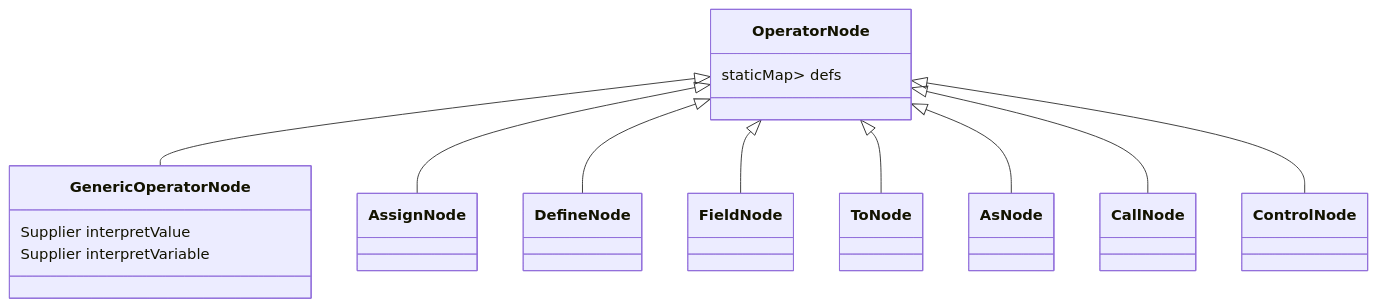
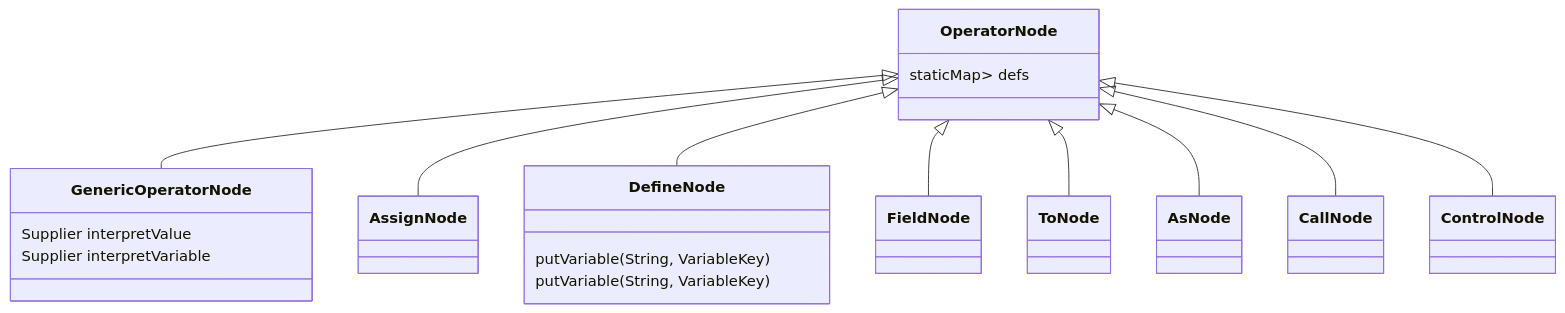
Before and after one commit to Jzhyang1/Monomer: the third of 5 diagrams in Implementation.md, drawn with Mermaid. The commit also changed other lines of this file, not shown here.

Commit message:
Implementation.md updated from https://stackedit.io/

````diff
--- a/Implementation.md
+++ b/Implementation.md
@@ -148,18 +148,19 @@
 ```mermaid
 classDiagram
 OperatorNode <|-- GenericOperatorNode
 OperatorNode <|-- AssignNode
 OperatorNode <|-- DefineNode
 OperatorNode <|-- FieldNode
 OperatorNode <|-- ToNode
 OperatorNode <|-- AsNode
 OperatorNode <|-- CallNode
 OperatorNode <|-- ControlNode
 
 OperatorNode: staticMap<String,Supplier<OperatorNode>> defs
 
 GenericOperatorNode: Supplier<InterpretValue> interpretValue
 GenericOperatorNode: Supplier<InterpretVariable> interpretVariable
 
-De
+DefineNode: putVariable(String, VariableKey)
+DefineNode: putVariable(String, VariableKey)
 ```
````
